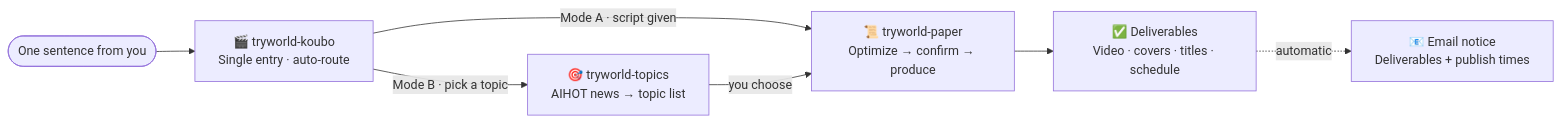
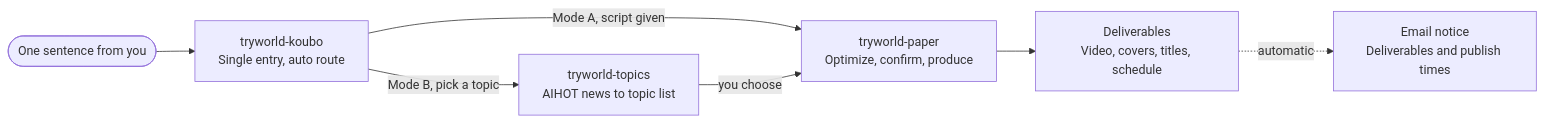
One commit to TryWorld2026/paper-algorithm changed the diagram in README.md. Above: the diagram before and after it, drawn with Mermaid. The commit also changed 1 other file, not shown here.

Commit message:
修复 README Mermaid 图 GitHub 渲染失败：节点去 emoji、边标签去特殊字符

````diff
--- a/README.md
+++ b/README.md
@@ -143,9 +143,9 @@
 ```mermaid
 flowchart LR
-    U(["One sentence from you"]) --> P["🎬 tryworld-koubo<br/>Single entry · auto-route"]
-    P -- "Mode A · script given" --> A["📜 tryworld-paper<br/>Optimize → confirm → produce"]
-    P -- "Mode B · pick a topic" --> S["🎯 tryworld-topics<br/>AIHOT news → topic list"]
+    U(["One sentence from you"]) --> P["tryworld-koubo<br/>Single entry, auto route"]
+    P -- "Mode A, script given" --> A["tryworld-paper<br/>Optimize, confirm, produce"]
+    P -- "Mode B, pick a topic" --> S["tryworld-topics<br/>AIHOT news to topic list"]
     S -- "you choose" --> A
-    A --> O["✅ Deliverables<br/>Video · covers · titles · schedule"]
-    O -. "automatic" .-> M["📧 Email notice<br/>Deliverables + publish times"]
+    A --> O["Deliverables<br/>Video, covers, titles, schedule"]
+    O -. automatic .-> M["Email notice<br/>Deliverables and publish times"]
 ```
````
